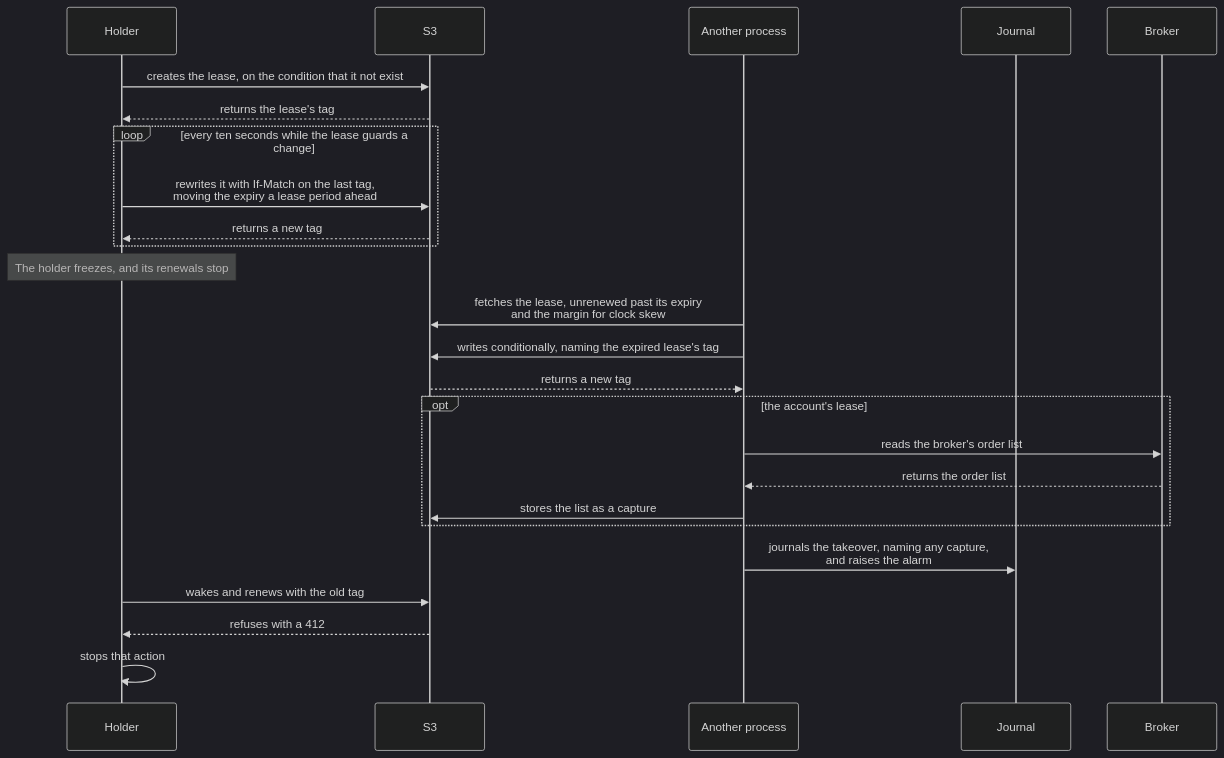
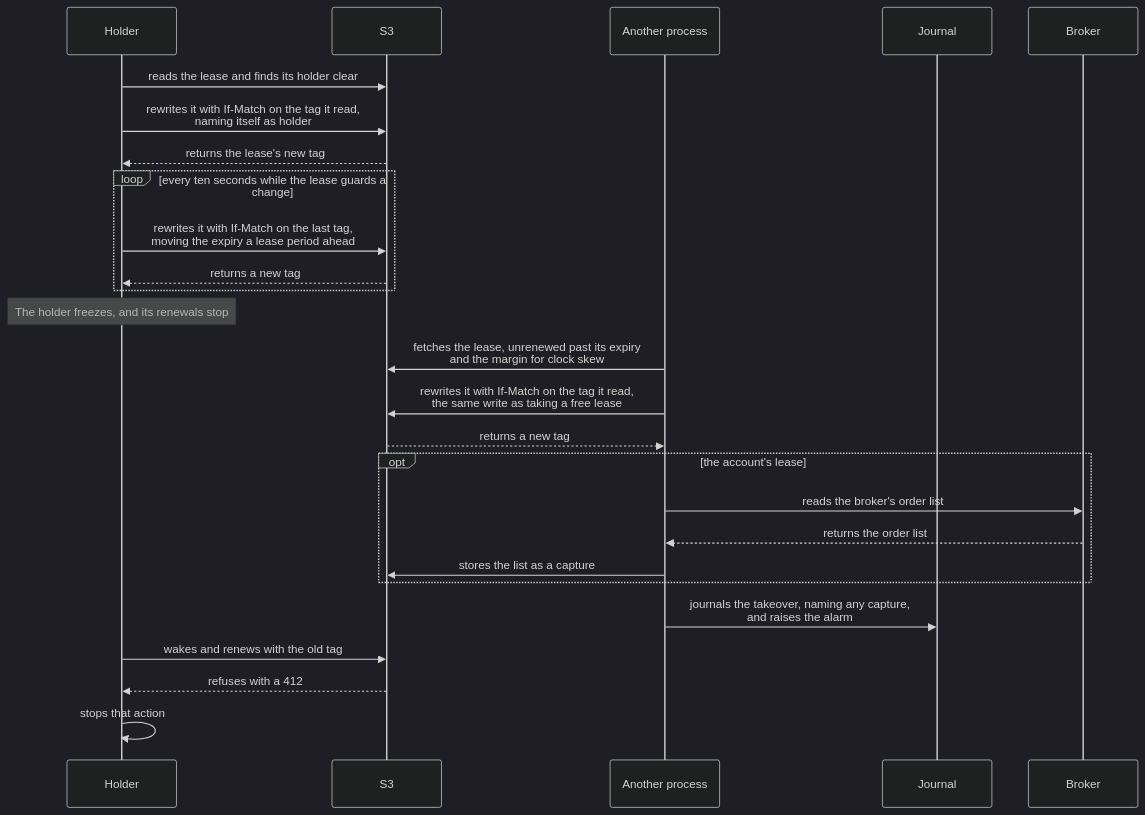
Before and after one commit to l3a0/ithildin-runtime: the third of 3 diagrams in docs/halts-and-drills.md, drawn with Mermaid (dark theme). The commit also changed other lines of this file and 2 other files, not shown here.

Commit message:
docs: keep an account's lease in place between holders
An account's lease is never deleted, as the plan's lease already works.
A take and a takeover are one conditional rewrite, a release rewrites the
lease to clear its holder, and `ithildin lease clear` is a rewrite too.
Every rewrite under leases/accounts/ sends the write's event, so a woken
instance reads the lease and goes on only if it is free.

This removes delete_if_match from the BlobStore port and moves the
botocore floor to 1.35.69, the release that sends If-Match on a put.
It also proposes, for #10, that an absent lease halts unless the journal
holds no entry, and that a fencing number lives in the lease object.

````diff
--- a/docs/halts-and-drills.md
+++ b/docs/halts-and-drills.md
@@ -161,27 +161,28 @@
 ```mermaid
 sequenceDiagram
     participant A as Holder
     participant S as S3
     participant B as Another process
     participant J as Journal
     participant K as Broker
-    A->>S: creates the lease, on the condition that it not exist
-    S-->>A: returns the lease's tag
+    A->>S: reads the lease and finds its holder clear
+    A->>S: rewrites it with If-Match on the tag it read,<br/>naming itself as holder
+    S-->>A: returns the lease's new tag
     loop every ten seconds while the lease guards a change
         A->>S: rewrites it with If-Match on the last tag,<br/>moving the expiry a lease period ahead
         S-->>A: returns a new tag
     end
     Note over A: The holder freezes, and its renewals stop
     B->>S: fetches the lease, unrenewed past its expiry<br/>and the margin for clock skew
-    B->>S: writes conditionally, naming the expired lease's tag
+    B->>S: rewrites it with If-Match on the tag it read,<br/>the same write as taking a free lease
     S-->>B: returns a new tag
     opt the account's lease
         B->>K: reads the broker's order list
         K-->>B: returns the order list
         B->>S: stores the list as a capture
     end
     B->>J: journals the takeover, naming any capture,<br/>and raises the alarm
     A->>S: wakes and renews with the old tag
     S-->>A: refuses with a 412
     A->>A: stops that action
 ```
````
